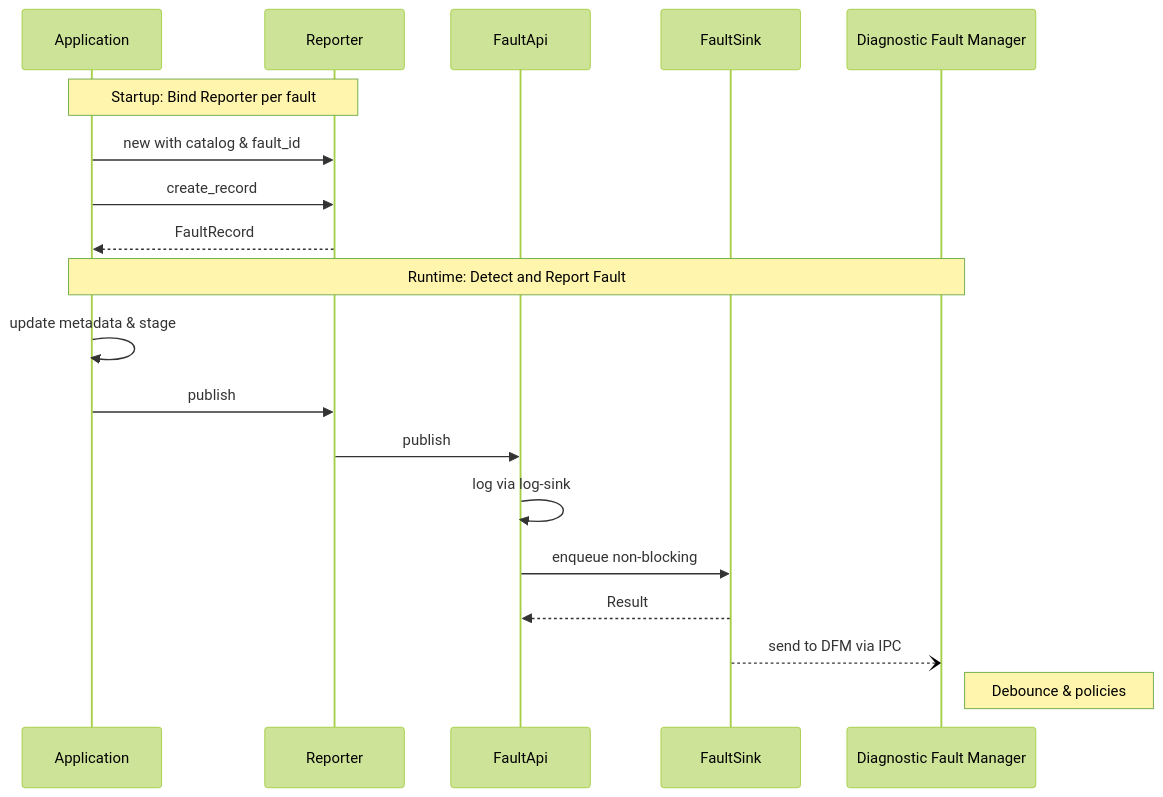
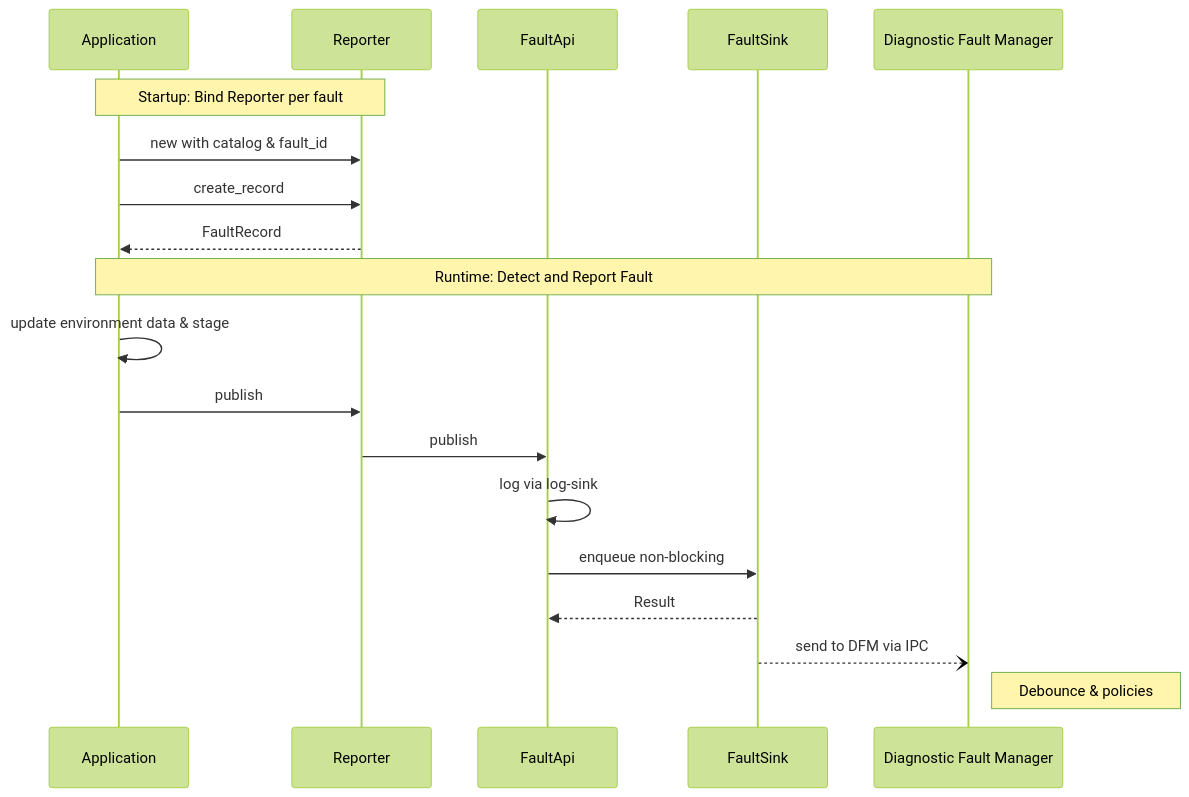
The third of 3 diagrams in docs/design/design.md (eclipse-opensovd/fault-lib), drawn with Mermaid (forest theme) before and after one commit. The commit also changed other lines of this file and 3 other files, not shown here.

````diff
--- a/docs/design/design.md
+++ b/docs/design/design.md
@@ -139,23 +139,23 @@
 ```mermaid
 sequenceDiagram
     participant App as Application
     participant Reporter as Reporter
     participant FaultApi as FaultApi
     participant Sink as FaultSink
     participant DFM as Diagnostic Fault Manager
 
     Note over App,Reporter: Startup: Bind Reporter per fault
     App->>Reporter: new with catalog & fault_id
     App->>Reporter: create_record
     Reporter-->>App: FaultRecord
     
     Note over App,DFM: Runtime: Detect and Report Fault
-    App->>App: update metadata & stage
+  App->>App: update environment data & stage
     App->>Reporter: publish
     Reporter->>FaultApi: publish
     FaultApi->>FaultApi: log via log-sink
     FaultApi->>Sink: enqueue non-blocking
     Sink-->>FaultApi: Result
     Sink--)DFM: send to DFM via IPC
     Note right of DFM: Debounce & policies
 ```
````
